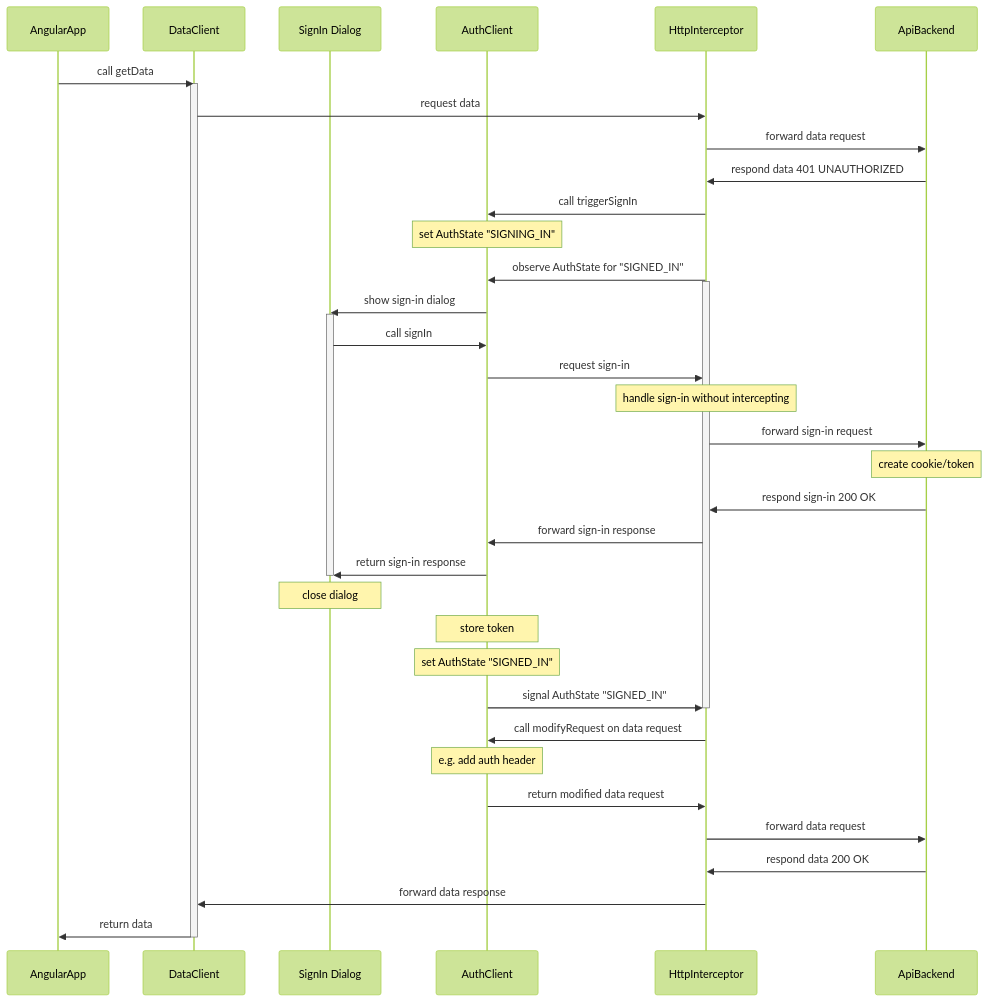
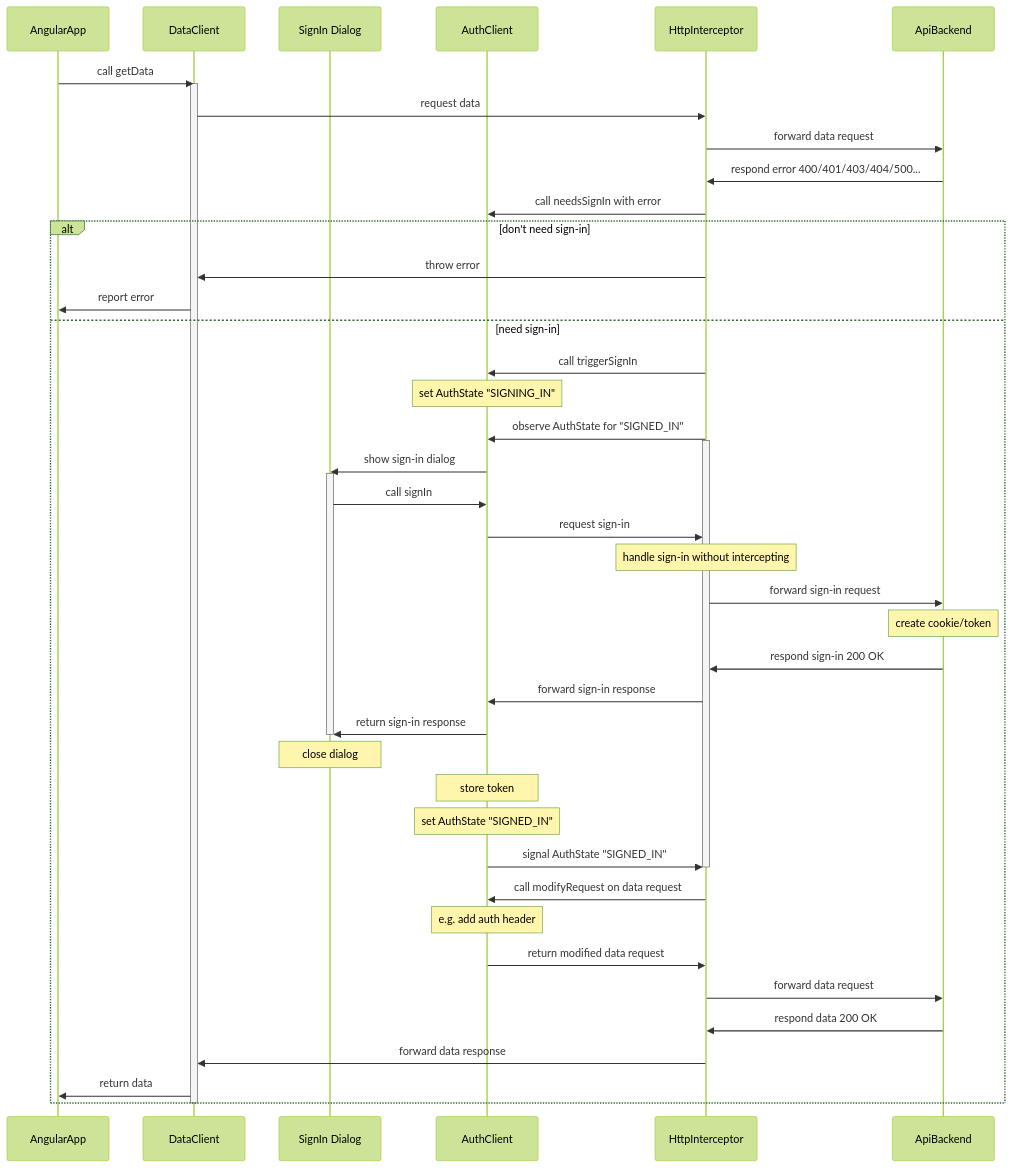
One commit to flens-dev/modern-angular changed the diagram in libs/tools/auth/README.md. Above: the diagram before and after it, drawn with Mermaid (forest theme).

Commit message:
tools/auth - Update diagram

````diff
--- a/libs/tools/auth/README.md
+++ b/libs/tools/auth/README.md
@@ -3,43 +3,49 @@
 ```mermaid
 sequenceDiagram
   participant A as AngularApp
   participant D as DataClient
   participant L as SignIn Dialog
   participant S as AuthClient
   participant H as HttpInterceptor
   participant B as ApiBackend
 
   A->>D: call getData
   activate D
   D->>H: request data
   H->>B: forward data request
-  B->>H: respond data 401 UNAUTHORIZED
-  H->>S: call triggerSignIn
-  Note over S: set AuthState "SIGNING_IN"
-  H->>S: observe AuthState for "SIGNED_IN"
-  activate H
-  S->>L: show sign-in dialog
-  activate L
-  L->>S: call signIn
-  S->>H: request sign-in
-  Note over H: handle sign-in without intercepting
-  H->>B: forward sign-in request
-  Note over B: create cookie/token
-  B->>H: respond sign-in 200 OK
-  H->>S: forward sign-in response
-  S->>L: return sign-in response
-  deactivate L
-  Note over L: close dialog
-  Note over S: store token
-  Note over S: set AuthState "SIGNED_IN"
-  S->>H: signal AuthState "SIGNED_IN"
-  deactivate H
-  H->>S: call modifyRequest on data request
-  Note over S: e.g. add auth header
-  S->>H: return modified data request
-  H->>B: forward data request
-  B->>H: respond data 200 OK
-  H->>D: forward data response
-  D->>A: return data
+  B->>H: respond error 400/401/403/404/500...
+  H->>S: call needsSignIn with error
+  alt don't need sign-in
+    H->>D: throw error
+    D->>A: report error
+  else need sign-in
+    H->>S: call triggerSignIn
+    Note over S: set AuthState "SIGNING_IN"
+    H->>S: observe AuthState for "SIGNED_IN"
+    activate H
+    S->>L: show sign-in dialog
+    activate L
+    L->>S: call signIn
+    S->>H: request sign-in
+    Note over H: handle sign-in without intercepting
+    H->>B: forward sign-in request
+    Note over B: create cookie/token
+    B->>H: respond sign-in 200 OK
+    H->>S: forward sign-in response
+    S->>L: return sign-in response
+    deactivate L
+    Note over L: close dialog
+    Note over S: store token
+    Note over S: set AuthState "SIGNED_IN"
+    S->>H: signal AuthState "SIGNED_IN"
+    deactivate H
+    H->>S: call modifyRequest on data request
+    Note over S: e.g. add auth header
+    S->>H: return modified data request
+    H->>B: forward data request
+    B->>H: respond data 200 OK
+    H->>D: forward data response
+    D->>A: return data
+  end
   deactivate D
 ```
````
